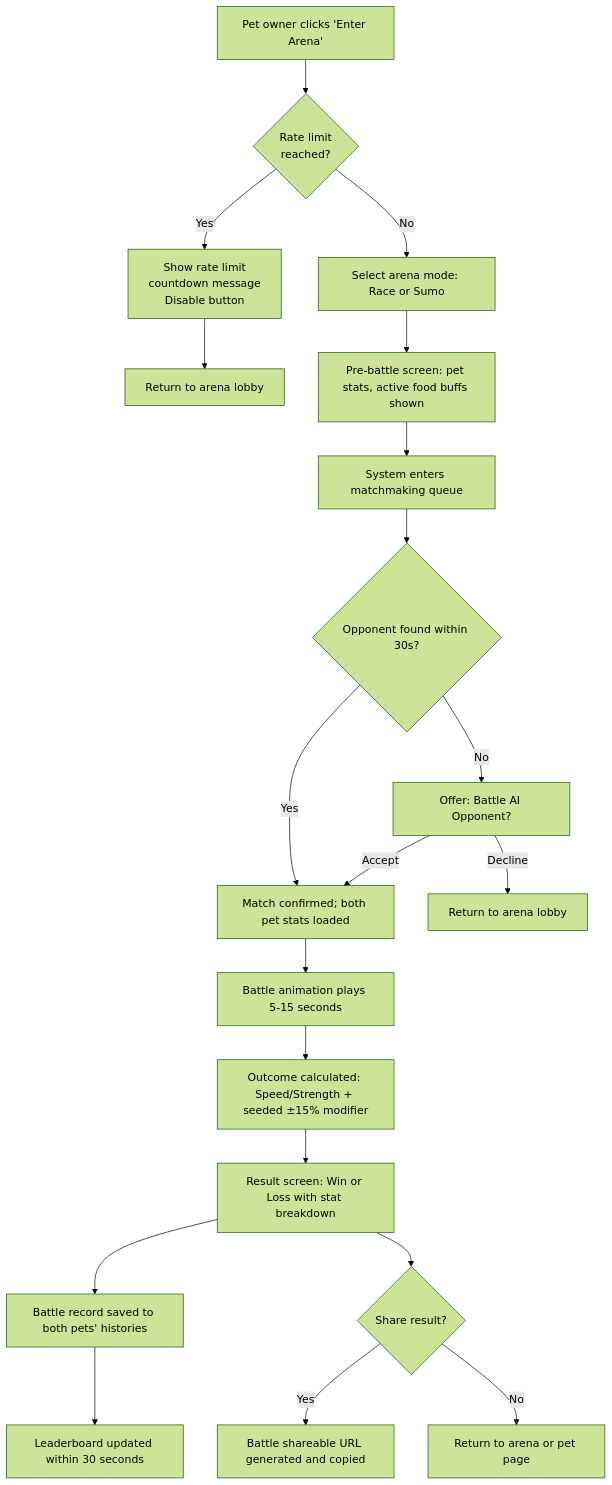
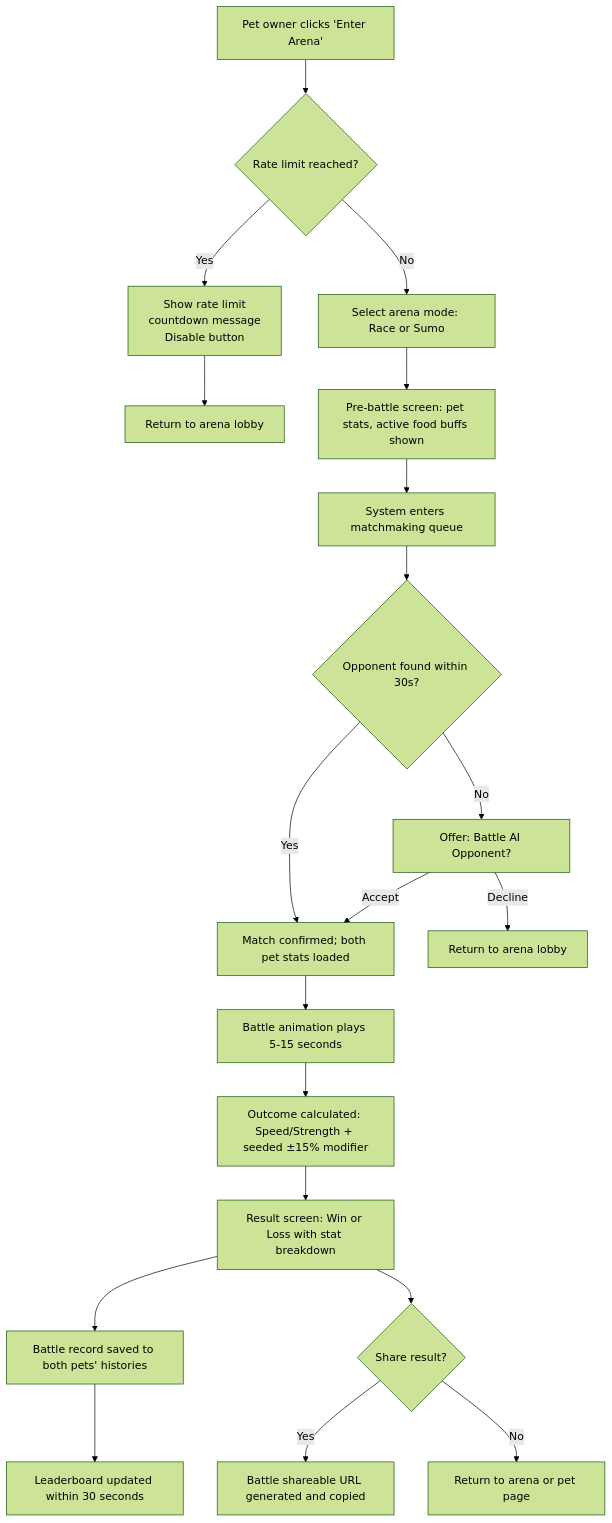
The fifth of 8 diagrams in docs/PRD.md (ibalasite/pet), drawn with Mermaid (forest theme) before and after one commit. The commit also changed 69 other files, not shown here.

````diff
--- a/docs/PRD.md
+++ b/docs/PRD.md
@@ -785,22 +785,22 @@
 ```mermaid
 flowchart TD
-    A[Pet owner clicks 'Enter Arena'] --> A1{Rate limit<br/>reached?}
+    A["Pet owner clicks 'Enter Arena'"] --> A1{"Rate limit reached?"}
     A1 -->|Yes| A2[Show rate limit<br/>countdown message<br/>Disable button]
     A2 --> P2[Return to arena lobby]
     A1 -->|No| B[Select arena mode: Race or Sumo]
     B --> C[Pre-battle screen: pet stats, active food buffs shown]
     C --> D[System enters matchmaking queue]
     D --> E{Opponent found within 30s?}
     E -->|Yes| F[Match confirmed; both pet stats loaded]
     E -->|No| G[Offer: Battle AI Opponent?]
     G -->|Decline| H[Return to arena lobby]
     G -->|Accept| F
     F --> I[Battle animation plays 5-15 seconds]
     I --> J[Outcome calculated: Speed/Strength + seeded ±15% modifier]
     J --> K[Result screen: Win or Loss with stat breakdown]
     K --> L[Battle record saved to both pets' histories]
     L --> M[Leaderboard updated within 30 seconds]
     K --> N{Share result?}
     N -->|Yes| O[Battle shareable URL generated and copied]
     N -->|No| P[Return to arena or pet page]
 ```
````
